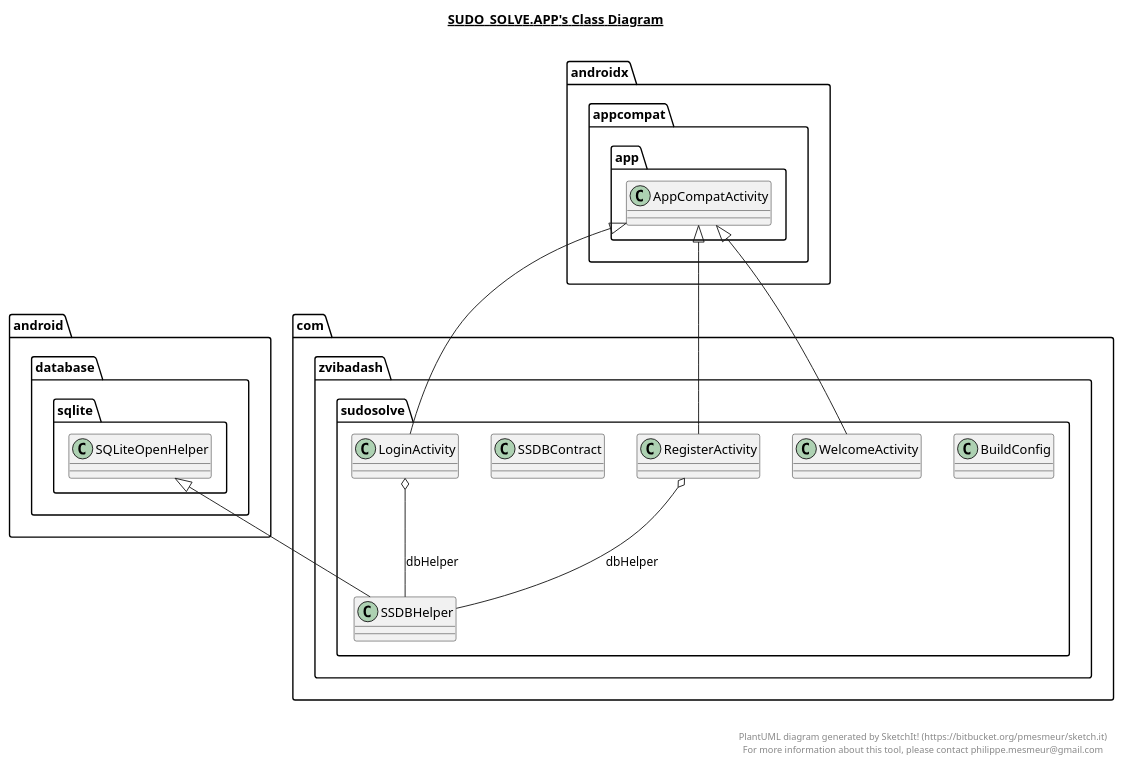
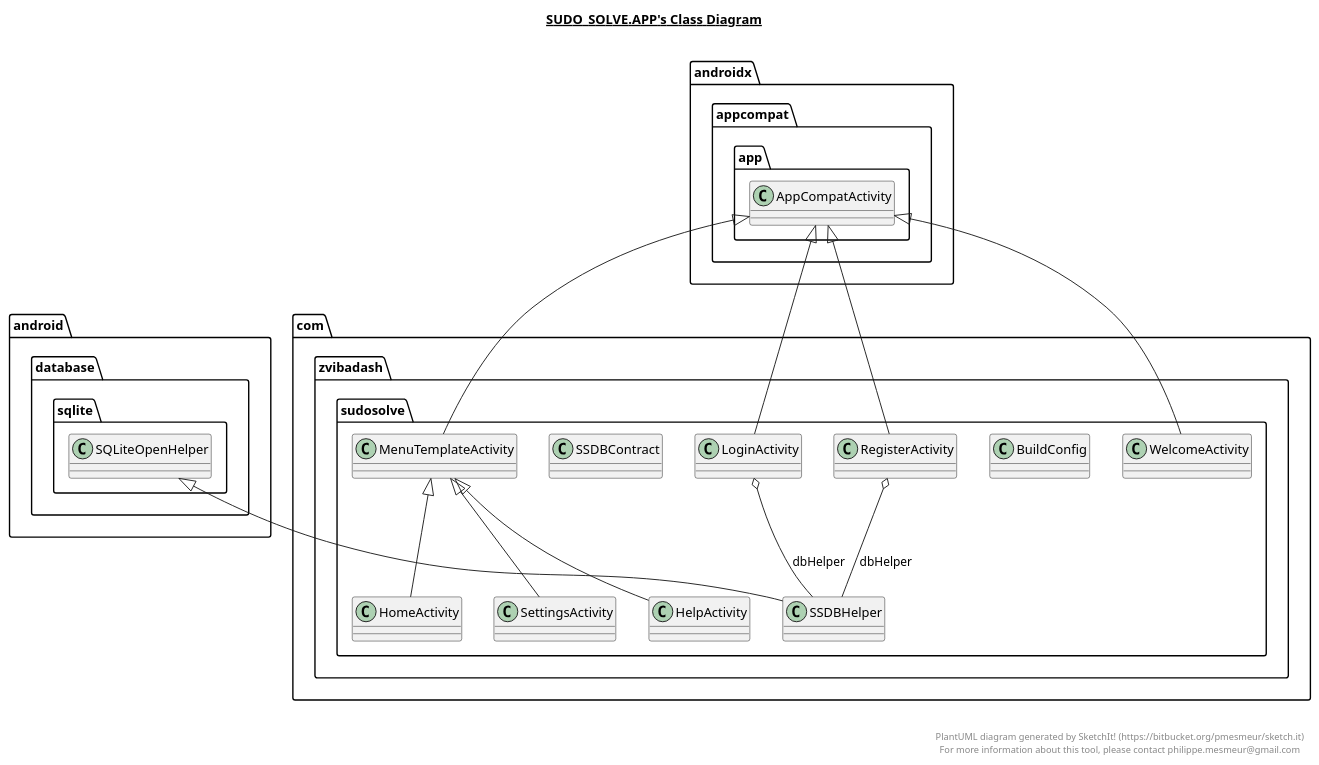
The diagram in .idea/modules/app/app.plantuml (Zvi-Badash/Sudo-Solve), drawn with PlantUML before and after one commit. The commit also changed 3 other files, not shown here.

```diff
--- a/.idea/modules/app/app.plantuml
+++ b/.idea/modules/app/app.plantuml
@@ -1,56 +1,84 @@
 @startuml
 
 title __SUDO_SOLVE.APP's Class Diagram__\n
 
   namespace com.zvibadash.sudosolve {
     class com.zvibadash.sudosolve.BuildConfig {
     }
   }
   
 
   namespace com.zvibadash.sudosolve {
+    class com.zvibadash.sudosolve.HelpActivity {
+    }
+  }
+  
+
+  namespace com.zvibadash.sudosolve {
+    class com.zvibadash.sudosolve.HomeActivity {
+    }
+  }
+  
+
+  namespace com.zvibadash.sudosolve {
     class com.zvibadash.sudosolve.LoginActivity {
+    }
+  }
+  
+
+  namespace com.zvibadash.sudosolve {
+    class com.zvibadash.sudosolve.MenuTemplateActivity {
     }
   }
   
 
   namespace com.zvibadash.sudosolve {
     class com.zvibadash.sudosolve.RegisterActivity {
     }
   }
   
 
   namespace com.zvibadash.sudosolve {
     class com.zvibadash.sudosolve.SSDBContract {
     }
   }
   
 
   namespace com.zvibadash.sudosolve {
     class com.zvibadash.sudosolve.SSDBHelper {
     }
   }
   
 
   namespace com.zvibadash.sudosolve {
+    class com.zvibadash.sudosolve.SettingsActivity {
+    }
+  }
+  
+
+  namespace com.zvibadash.sudosolve {
     class com.zvibadash.sudosolve.WelcomeActivity {
     }
   }
   
 
+  com.zvibadash.sudosolve.HelpActivity -up-|> com.zvibadash.sudosolve.MenuTemplateActivity
+  com.zvibadash.sudosolve.HomeActivity -up-|> com.zvibadash.sudosolve.MenuTemplateActivity
   com.zvibadash.sudosolve.LoginActivity -up-|> androidx.appcompat.app.AppCompatActivity
   com.zvibadash.sudosolve.LoginActivity o-- com.zvibadash.sudosolve.SSDBHelper : dbHelper
+  com.zvibadash.sudosolve.MenuTemplateActivity -up-|> androidx.appcompat.app.AppCompatActivity
   com.zvibadash.sudosolve.RegisterActivity -up-|> androidx.appcompat.app.AppCompatActivity
   com.zvibadash.sudosolve.RegisterActivity o-- com.zvibadash.sudosolve.SSDBHelper : dbHelper
   com.zvibadash.sudosolve.SSDBHelper -up-|> android.database.sqlite.SQLiteOpenHelper
+  com.zvibadash.sudosolve.SettingsActivity -up-|> com.zvibadash.sudosolve.MenuTemplateActivity
   com.zvibadash.sudosolve.WelcomeActivity -up-|> androidx.appcompat.app.AppCompatActivity
 
 
 right footer
 
 
 PlantUML diagram generated by SketchIt! (https://bitbucket.org/pmesmeur/sketch.it)
 For more information about this tool, please contact philippe.mesmeur@gmail.com
 endfooter
 
 @enduml
```
